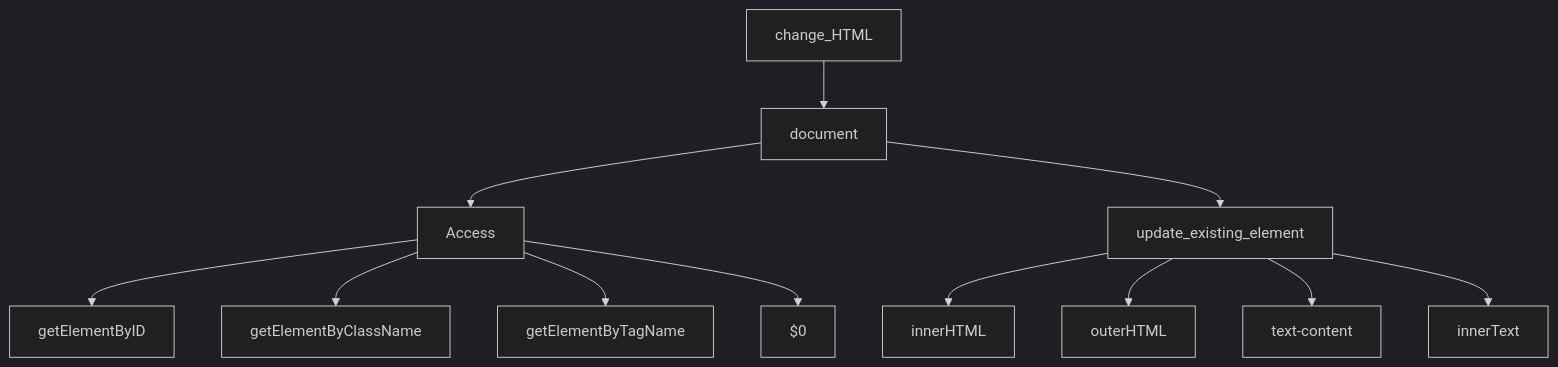
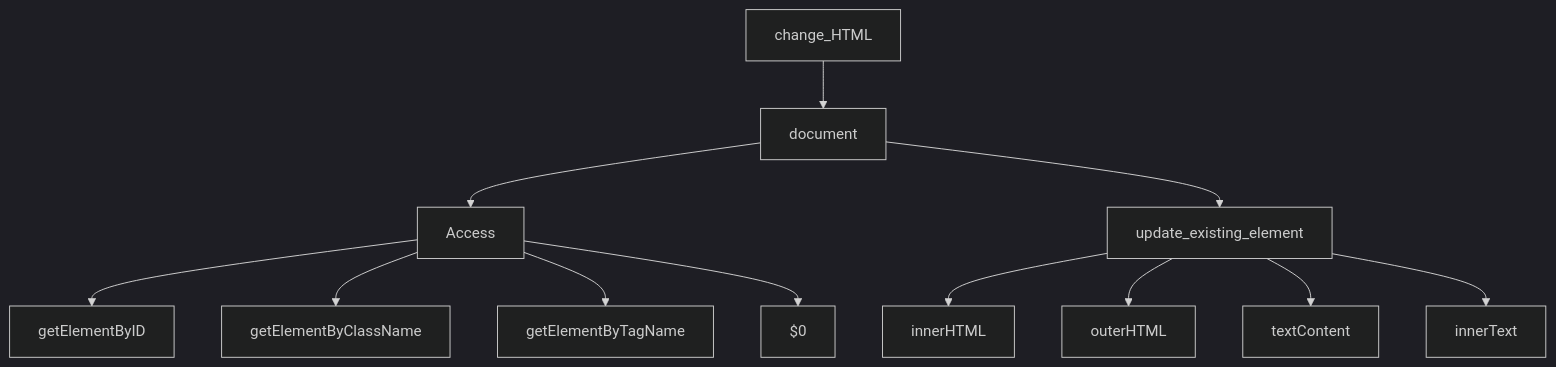
The second of 2 diagrams in DOM.md (siddharthkumarrai/Javascript_guide), drawn with Mermaid (dark theme) before and after one commit. The commit also changed other lines of this file, not shown here.

````diff
--- a/DOM.md
+++ b/DOM.md
@@ -29,16 +29,16 @@
 ```mermaid
 graph TB;
 
     change_HTML --> document;
     document --> Access;
     Access --> getElementByID;
     Access --> getElementByClassName;
     Access --> getElementByTagName;
     Access --> $0;
     document --> update_existing_element;
     update_existing_element --> innerHTML;
     update_existing_element --> outerHTML;
-    update_existing_element --> text-content;
+    update_existing_element --> textContent;
     update_existing_element --> innerText;
 
 ```
````
